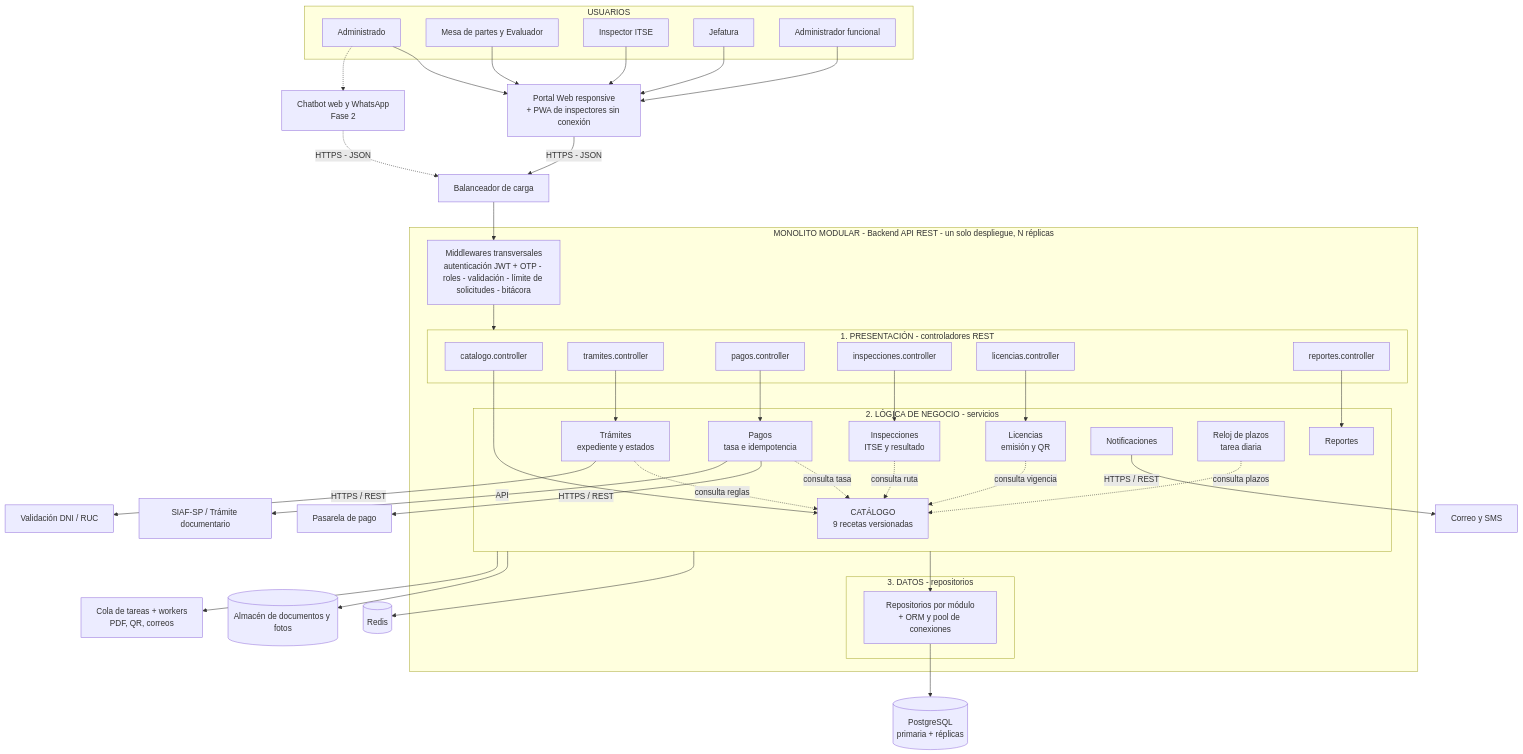
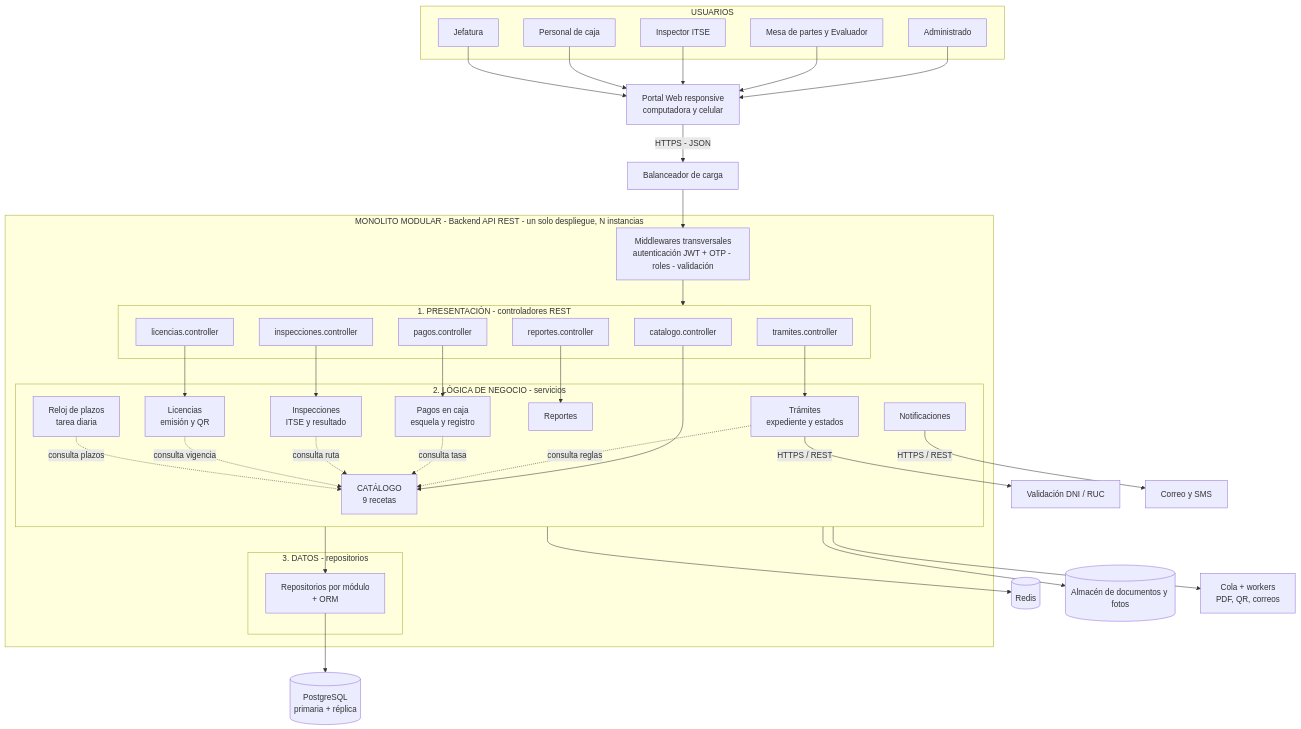
One commit to yeymyloson18/Licencias-Huanta-arquitSoft-JEIMY changed the diagram in docs/02-arquitectura-software/estilo-arquitectonico.md. Above: the diagram before and after it, drawn with Mermaid. The commit also changed other lines of this file, not shown here.

Commit message:
docs: simplificar estilo arquitectonico

````diff
--- a/docs/02-arquitectura-software/estilo-arquitectonico.md
+++ b/docs/02-arquitectura-software/estilo-arquitectonico.md
@@ -29,16 +29,15 @@
         Adm["Administrado"]
         Func["Mesa de partes y Evaluador"]
         Insp["Inspector ITSE"]
+        Caja["Personal de caja"]
         Jef["Jefatura"]
-        AdmF["Administrador funcional"]
     end
 
-    Portal["Portal Web responsive<br/>+ PWA de inspectores sin conexión"]
-    Chat["Chatbot web y WhatsApp<br/>Fase 2"]
+    Portal["Portal Web responsive<br/>computadora y celular"]
     LB["Balanceador de carga"]
 
-    subgraph MONOLITO["MONOLITO MODULAR - Backend API REST - un solo despliegue, N réplicas"]
-        MW["Middlewares transversales<br/>autenticación JWT + OTP - roles - validación - límite de solicitudes - bitácora"]
+    subgraph MONOLITO["MONOLITO MODULAR - Backend API REST - un solo despliegue, N instancias"]
+        MW["Middlewares transversales<br/>autenticación JWT + OTP - roles - validación"]
 
         subgraph PRES["1. PRESENTACIÓN - controladores REST"]
             C1["catalogo.controller"]
@@ -50,9 +49,9 @@
         end
 
         subgraph NEG["2. LÓGICA DE NEGOCIO - servicios"]
-            Cat["CATÁLOGO<br/>9 recetas versionadas"]
+            Cat["CATÁLOGO<br/>9 recetas"]
             S2["Trámites<br/>expediente y estados"]
-            S3["Pagos<br/>tasa e idempotencia"]
+            S3["Pagos en caja<br/>esquela y registro"]
             S4["Inspecciones<br/>ITSE y resultado"]
             S5["Licencias<br/>emisión y QR"]
             S6["Reportes"]
@@ -61,29 +60,25 @@
         end
 
         subgraph DAT["3. DATOS - repositorios"]
-            R["Repositorios por módulo<br/>+ ORM y pool de conexiones"]
+            R["Repositorios por módulo<br/>+ ORM"]
         end
     end
 
-    BD[("PostgreSQL<br/>primaria + réplicas")]
+    BD[("PostgreSQL<br/>primaria + réplica")]
     Cache[("Redis")]
     Obj[("Almacén de documentos y fotos")]
-    Cola["Cola de tareas + workers<br/>PDF, QR, correos"]
+    Cola["Cola + workers<br/>PDF, QR, correos"]
 
-    Pasarela["Pasarela de pago"]
     Ident["Validación DNI / RUC"]
     Msg["Correo y SMS"]
-    SIAF["SIAF-SP / Trámite documentario"]
 
     Adm --> Portal
     Func --> Portal
     Insp --> Portal
+    Caja --> Portal
     Jef --> Portal
-    AdmF --> Portal
-    Adm -.-> Chat
 
     Portal -->|"HTTPS - JSON"| LB
-    Chat -.->|"HTTPS - JSON"| LB
     LB --> MW
     MW --> PRES
 
@@ -106,8 +101,6 @@
     NEG --> Obj
     NEG --> Cola
 
-    S3 -->|"HTTPS / REST"| Pasarela
     S2 -->|"HTTPS / REST"| Ident
     S7 -->|"HTTPS / REST"| Msg
-    S3 -->|"API"| SIAF
 ```
````
